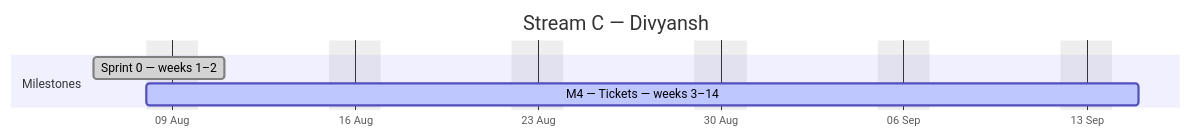
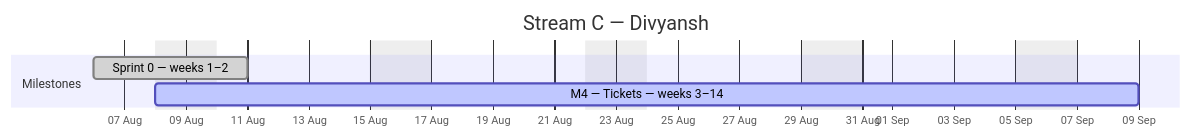
The third of 4 diagrams in docs/plan/GANTT.md (debashisedunext/EduTrack), drawn with Mermaid before and after one commit. The commit also changed other lines of this file and 3 other files, not shown here.

````diff
--- a/docs/plan/GANTT.md
+++ b/docs/plan/GANTT.md
@@ -120,10 +119,10 @@
 ```mermaid
 gantt
     dateFormat YYYY-MM-DD
     axisFormat %d %b
     title Stream C — Divyansh
     excludes weekends
     section Milestones
     Sprint 0 — weeks 1–2 :done, c0, 2026-08-06, 3d
-    M4 — Tickets — weeks 3–14 :active, c1, 2026-08-08, 27d
+    M4 — Tickets — weeks 3–14 :active, c1, 2026-08-08, 23d
 ```
````
